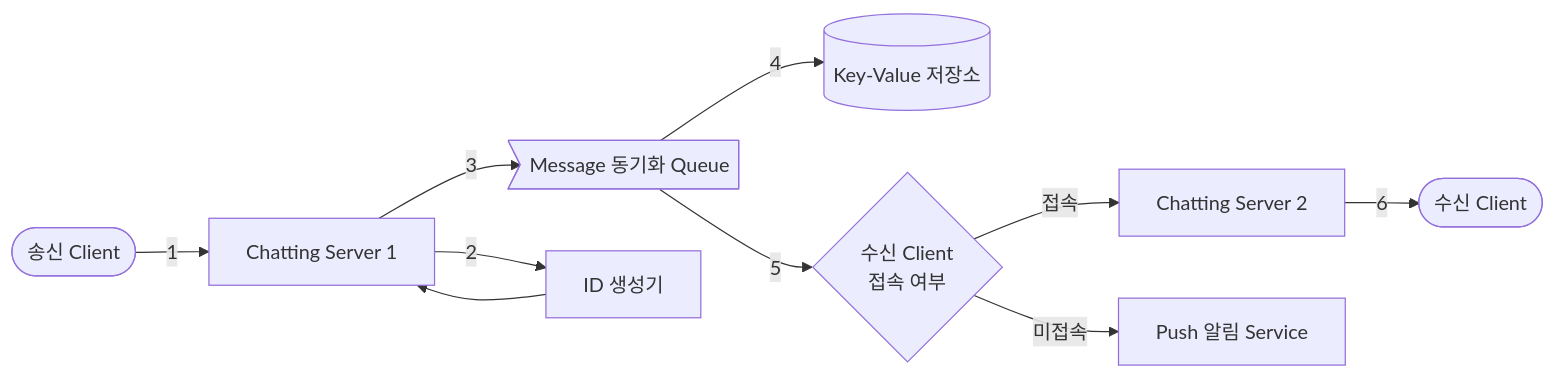
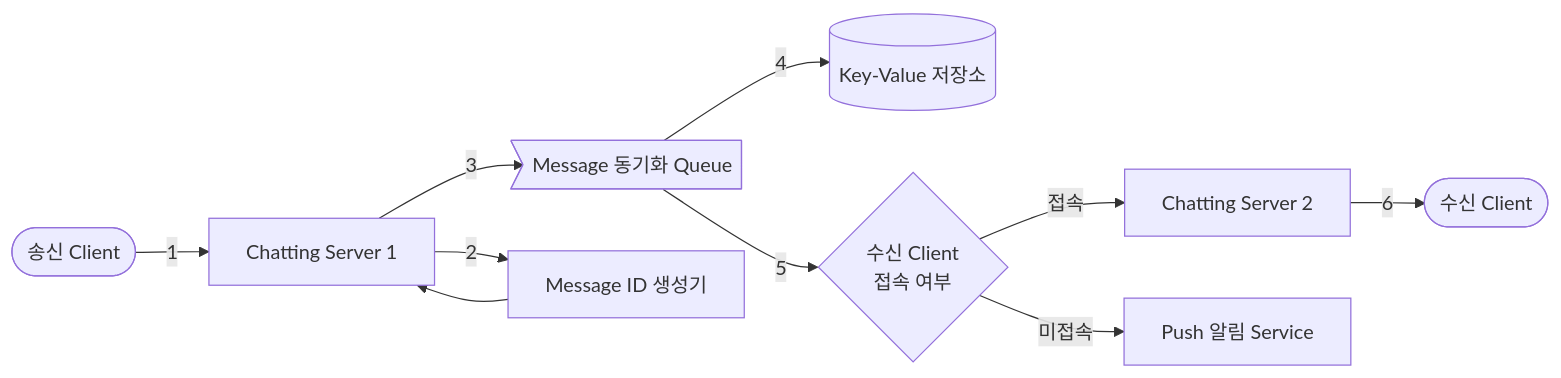
Before and after one commit to choesimin/choesimin.github.io: the third of 8 diagrams in _drafts/skills/system-design/chatting.md, drawn with Mermaid. The commit also changed other lines of this file, not shown here.

````diff
--- a/_drafts/skills/system-design/chatting.md
+++ b/_drafts/skills/system-design/chatting.md
@@ -84,27 +89,27 @@
 ```mermaid
 flowchart LR
 
 sender([송신 Client])
 recipient([수신 Client])
 
 chatting_server_1[Chatting Server 1]
 chatting_server_2[Chatting Server 2]
 message_sync_queue>Message 동기화 Queue]
 
 key_value_storage[(Key-Value 저장소)]
-id_generator[ID 생성기]
+id_generator[Message ID 생성기]
 push_notification_service[Push 알림 Service]
 
 if_online{수신 Client\n접속 여부}
 
 
 sender -->|1| chatting_server_1
 chatting_server_1 -->|2| id_generator
 id_generator --> chatting_server_1
 chatting_server_1 -->|3| message_sync_queue
 message_sync_queue -->|4| key_value_storage
 message_sync_queue -->|5| if_online
 if_online -->|접속| chatting_server_2
 if_online -->|미접속| push_notification_service
 chatting_server_2 -->|6| recipient
 ```
````
